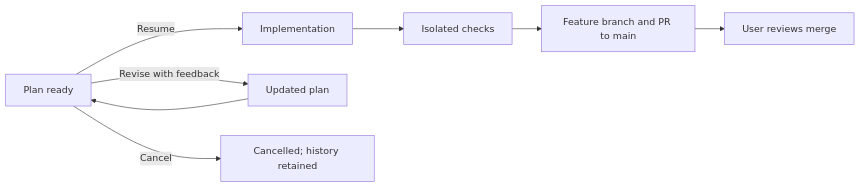
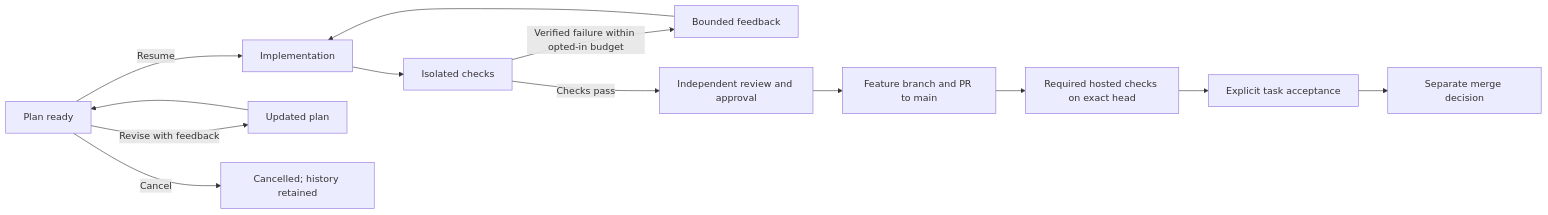
Before and after one commit to roachmaster/homelab: the first of 2 diagrams in docs/architecture/coding-admission.md, drawn with Mermaid. The commit also changed other lines of this file, not shown here.

````diff
--- a/docs/architecture/coding-admission.md
+++ b/docs/architecture/coding-admission.md
@@ -94,10 +102,15 @@
 ```mermaid
 flowchart LR
   Plan[Plan ready] -->|Resume| Code[Implementation]
   Plan -->|Revise with feedback| Revision[Updated plan]
   Revision --> Plan
   Plan -->|Cancel| History[Cancelled; history retained]
   Code --> Verify[Isolated checks]
-  Verify --> PR[Feature branch and PR to main]
-  PR --> Review[User reviews merge]
+  Verify -->|Verified failure within opted-in budget| Feedback[Bounded feedback]
+  Feedback --> Code
+  Verify -->|Checks pass| Approval[Independent review and approval]
+  Approval --> PR[Feature branch and PR to main]
+  PR --> CI[Required hosted checks on exact head]
+  CI --> Accept[Explicit task acceptance]
+  Accept --> Review[Separate merge decision]
 ```
````
